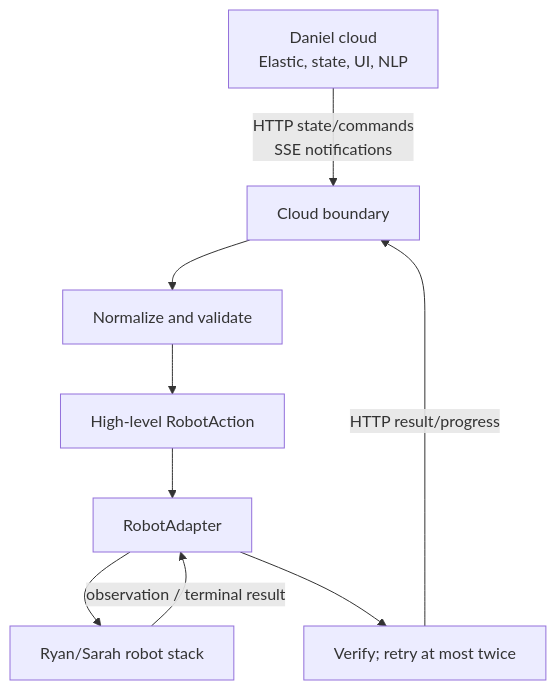
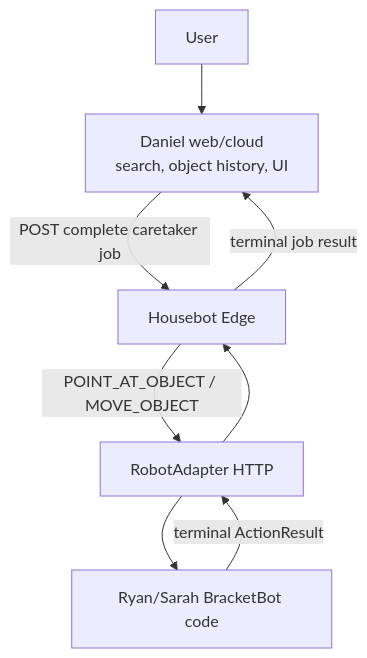
One commit to awzheng/gitirl changed the diagram in docs/ARCHITECTURE.md. Above: the diagram before and after it, drawn with Mermaid. The commit also changed other lines of this file and 32 other files, not shown here.

Commit message:
Refocus edge service on caretaker MVP

````diff
--- a/docs/ARCHITECTURE.md
+++ b/docs/ARCHITECTURE.md
@@ -7,11 +5,10 @@
 ```mermaid
 flowchart TD
-    D[Daniel cloud<br/>Elastic, state, UI, NLP] -->|HTTP state/commands<br/>SSE notifications| C[Cloud boundary]
-    C --> N[Normalize and validate]
-    N --> A[High-level RobotAction]
-    A --> R[RobotAdapter]
-    R --> S[Ryan/Sarah robot stack]
-    S -->|observation / terminal result| R
-    R --> V[Verify; retry at most twice]
-    V -->|HTTP result/progress| C
+    U[User] --> D[Daniel web/cloud<br/>search, object history, UI]
+    D -->|POST complete caretaker job| E[Housebot Edge]
+    E -->|POINT_AT_OBJECT / MOVE_OBJECT| A[RobotAdapter HTTP]
+    A --> R[Ryan/Sarah BracketBot code]
+    R -->|terminal ActionResult| A
+    A --> E
+    E -->|terminal job result| D
 ```
````
